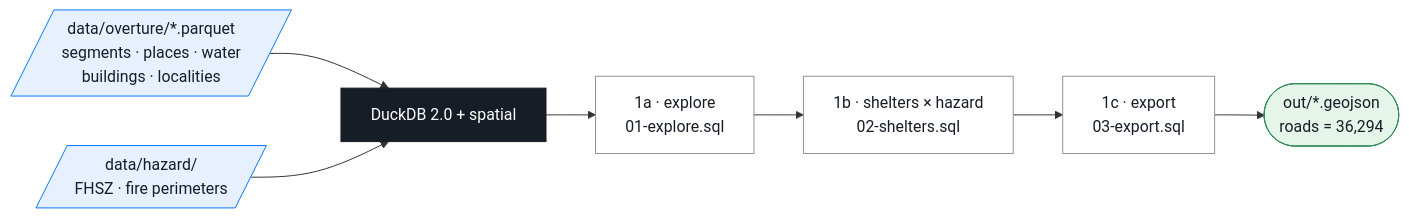
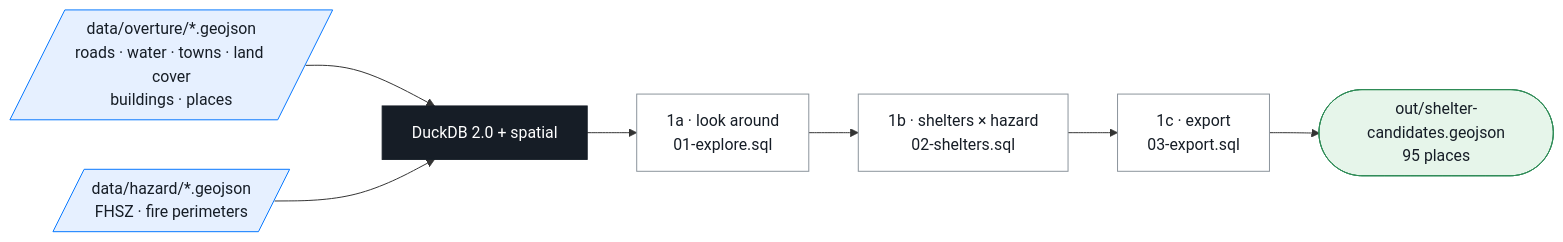
The third of 6 diagrams in README.md (vishal4c/routes-to-safety-workshop), drawn with Mermaid before and after one commit. The commit also changed other lines of this file and 74 other files, not shown here.

````diff
--- a/README.md
+++ b/README.md
@@ -130,18 +191,18 @@
 ```mermaid
 flowchart LR
   classDef file fill:#E6F0FF,stroke:#0678FF,color:#161D26
   classDef tool fill:#161D26,stroke:#161D26,color:#FFFFFF
   classDef step fill:#FFFFFF,stroke:#8A939B,color:#161D26
   classDef chk  fill:#E6F5EA,stroke:#2E8B57,color:#161D26
 
-  OV[/"data/overture/*.parquet<br/>segments · places · water<br/>buildings · localities"/]:::file
-  HZ[/"data/hazard/<br/>FHSZ · fire perimeters"/]:::file
+  OV[/"data/overture/*.geojson<br/>roads · water · towns · land cover<br/>buildings · places"/]:::file
+  HZ[/"data/hazard/*.geojson<br/>FHSZ · fire perimeters"/]:::file
   D["DuckDB 2.0 + spatial"]:::tool
-  S1["1a · explore<br/>01-explore.sql"]:::step
+  S1["1a · look around<br/>01-explore.sql"]:::step
   S2["1b · shelters × hazard<br/>02-shelters.sql"]:::step
   S3["1c · export<br/>03-export.sql"]:::step
-  O(["out/*.geojson<br/>roads = 36,294"]):::chk
+  O(["out/shelter-candidates.geojson<br/>95 places"]):::chk
   OV --> D
   HZ --> D
   D --> S1 --> S2 --> S3 --> O
 ```
````
